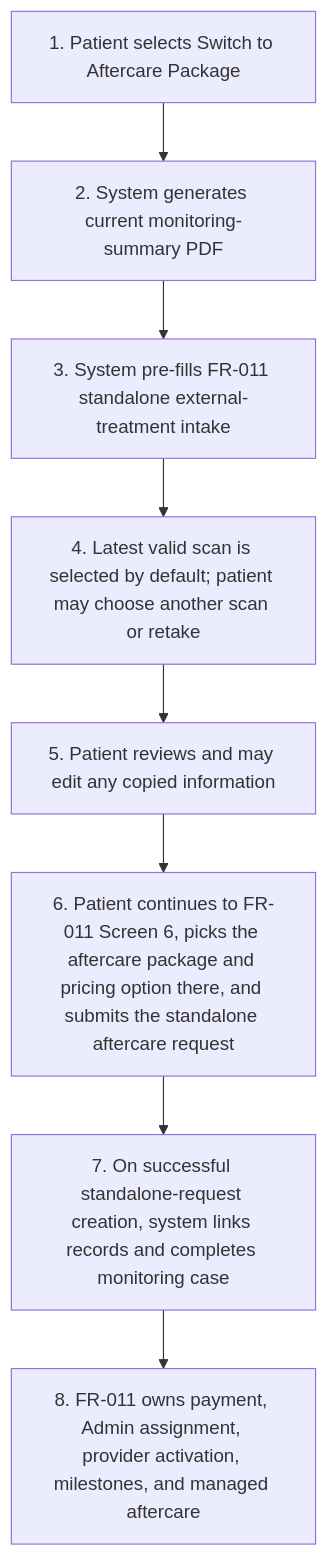
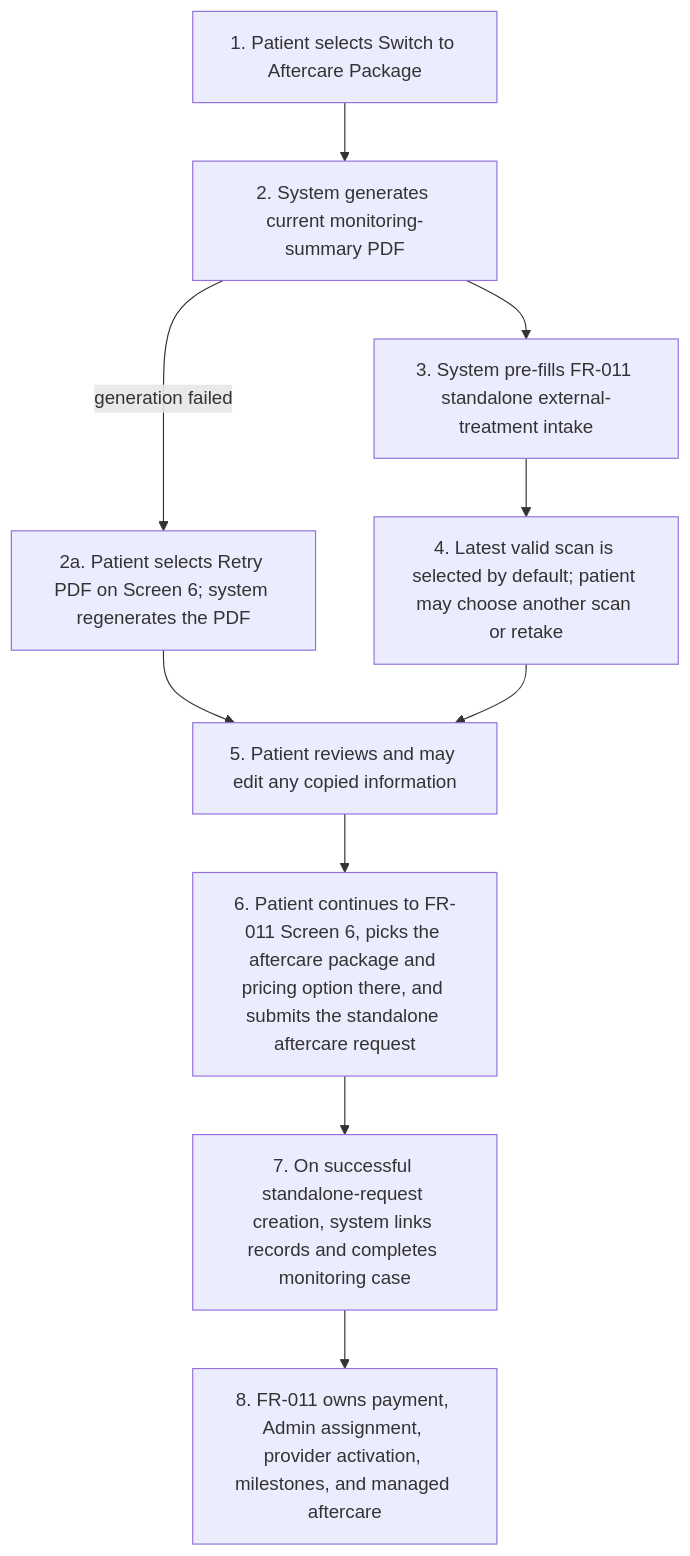
One commit to joachimtrungtuan/hairline-pm-docs changed the third of 6 diagrams in project-requirements/functional-requirements/fr038-monitor-transplant-progress/prd.md. Above: the diagram before and after it, drawn with Mermaid. The commit also changed other lines of this file and 6 other files, not shown here.

Commit message:
docs(fr038): apply logic review pass 2 fixes to PRD and graph

````diff
--- a/project-requirements/functional-requirements/fr038-monitor-transplant-progress/prd.md
+++ b/project-requirements/functional-requirements/fr038-monitor-transplant-progress/prd.md
@@ -126,10 +125,12 @@
 ```mermaid
 flowchart TD
     A2S1["1. Patient selects Switch to Aftercare Package"] --> A2S2["2. System generates current monitoring-summary PDF"]
     A2S2 --> A2S3["3. System pre-fills FR-011 standalone external-treatment intake"]
+    A2S2 -->|"generation failed"| A2S2R["2a. Patient selects Retry PDF on Screen 6; system regenerates the PDF"]
+    A2S2R --> A2S5
     A2S3 --> A2S4["4. Latest valid scan is selected by default; patient may choose another scan or retake"]
     A2S4 --> A2S5["5. Patient reviews and may edit any copied information"]
     A2S5 --> A2S6["6. Patient continues to FR-011 Screen 6, picks the aftercare package and pricing option there, and submits the standalone aftercare request"]
     A2S6 --> A2S7["7. On successful standalone-request creation, system links records and completes monitoring case"]
     A2S7 --> A2S8["8. FR-011 owns payment, Admin assignment, provider activation, milestones, and managed aftercare"]
 ```
````
